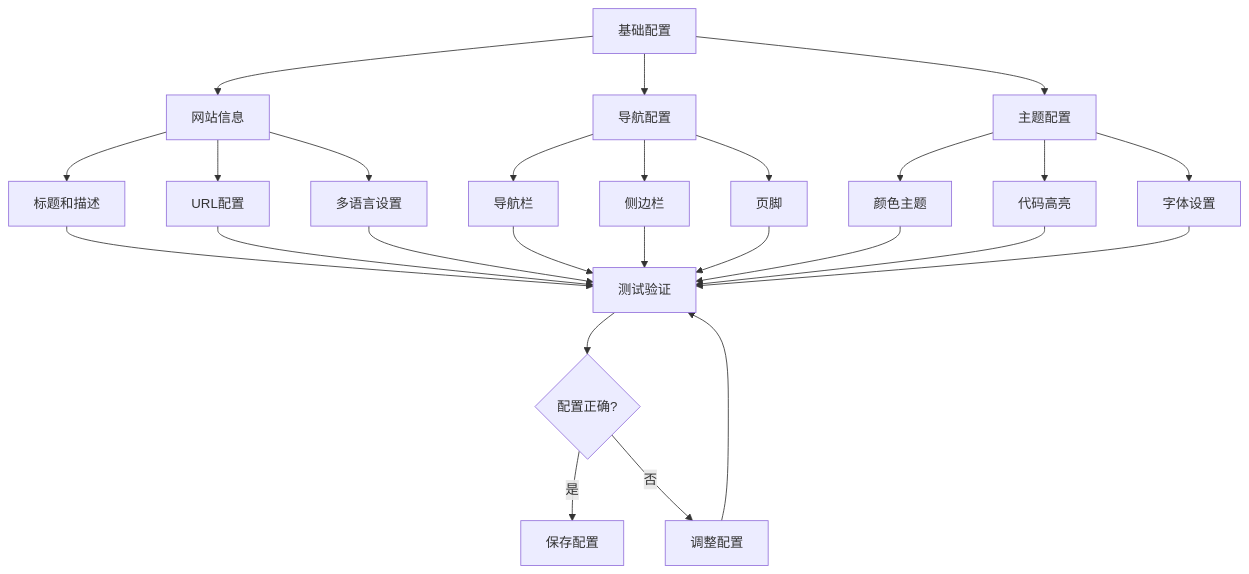
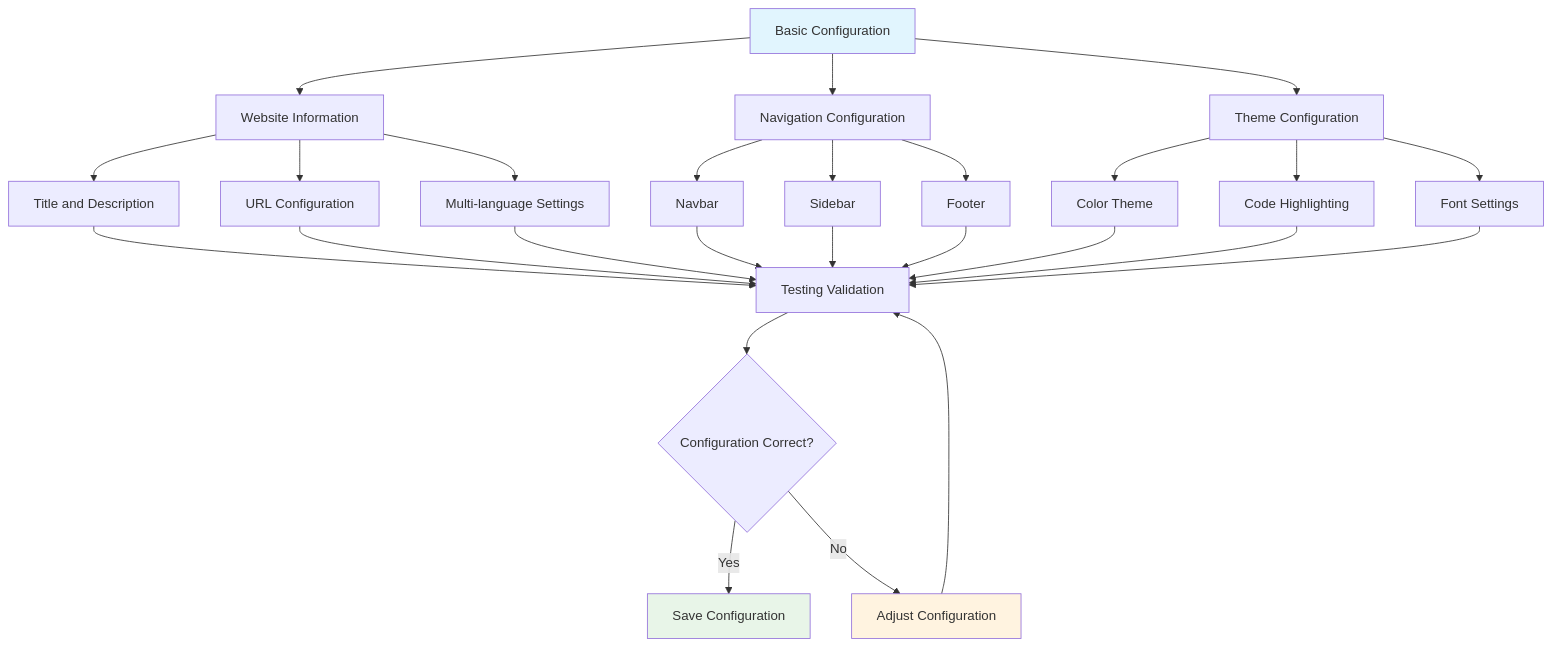
The fourth of 10 diagrams in versioned_docs/version-2024-winter/tutorials/docusaurus-tutorial.mdx (ChanMeng666/ai-programming-teaching-project), drawn with Mermaid before and after one commit. The commit also changed other lines of this file and 472 other files, not shown here.

````diff
--- a/versioned_docs/version-2024-winter/tutorials/docusaurus-tutorial.mdx
+++ b/versioned_docs/version-2024-winter/tutorials/docusaurus-tutorial.mdx
@@ -262,33 +268,37 @@
 ```mermaid
 flowchart TD
-    A[基础配置] --> B[网站信息]
-    A --> C[导航配置]
-    A --> D[主题配置]
-    
-    B --> B1[标题和描述]
-    B --> B2[URL配置]
-    B --> B3[多语言设置]
-    
-    C --> C1[导航栏]
-    C --> C2[侧边栏]
-    C --> C3[页脚]
-    
-    D --> D1[颜色主题]
-    D --> D2[代码高亮]
-    D --> D3[字体设置]
-    
-    B1 --> E[测试验证]
+    A[Basic Configuration] --> B[Website Information]
+    A --> C[Navigation Configuration]
+    A --> D[Theme Configuration]
+
+    B --> B1[Title and Description]
+    B --> B2[URL Configuration]
+    B --> B3[Multi-language Settings]
+
+    C --> C1[Navbar]
+    C --> C2[Sidebar]
+    C --> C3[Footer]
+
+    D --> D1[Color Theme]
+    D --> D2[Code Highlighting]
+    D --> D3[Font Settings]
+
+    B1 --> E[Testing Validation]
     B2 --> E
     B3 --> E
     C1 --> E
     C2 --> E
     C3 --> E
     D1 --> E
     D2 --> E
     D3 --> E
-    
-    E --> F{配置正确?}
-    F -->|是| G[保存配置]
-    F -->|否| H[调整配置]
+
+    E --> F{Configuration Correct?}
+    F -->|Yes| G[Save Configuration]
+    F -->|No| H[Adjust Configuration]
     H --> E
+
+    style A fill:#e1f5fe
+    style G fill:#e8f5e8
+    style H fill:#fff3e0
 ```
````
